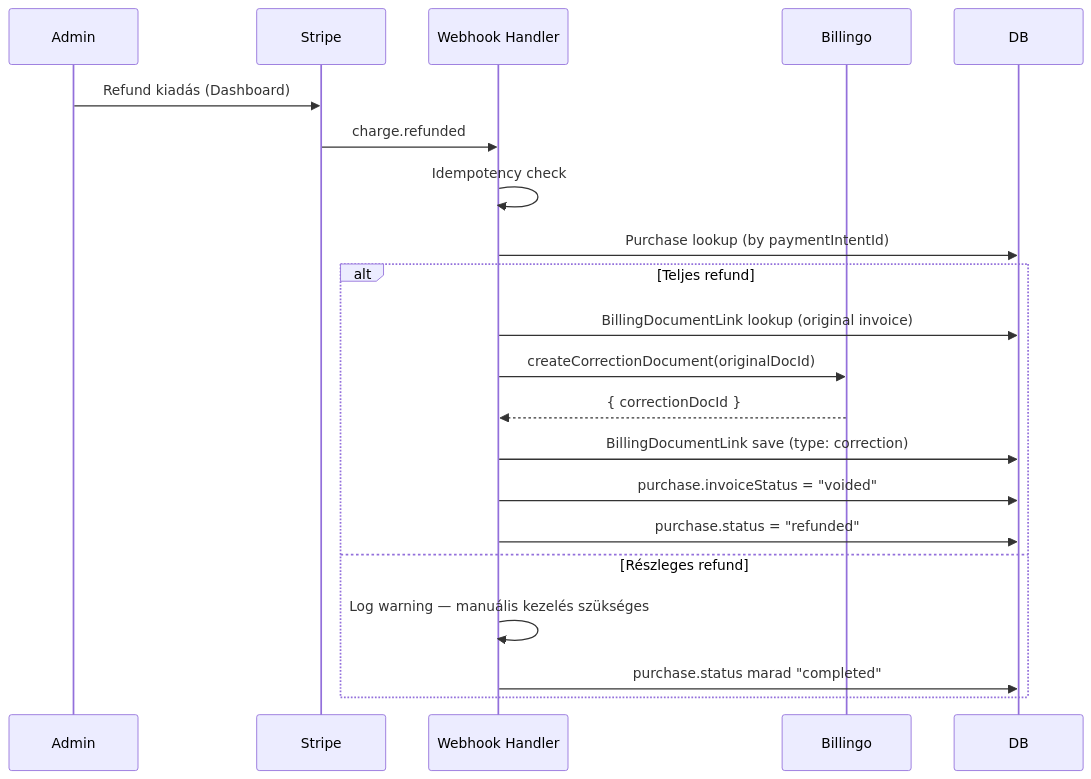
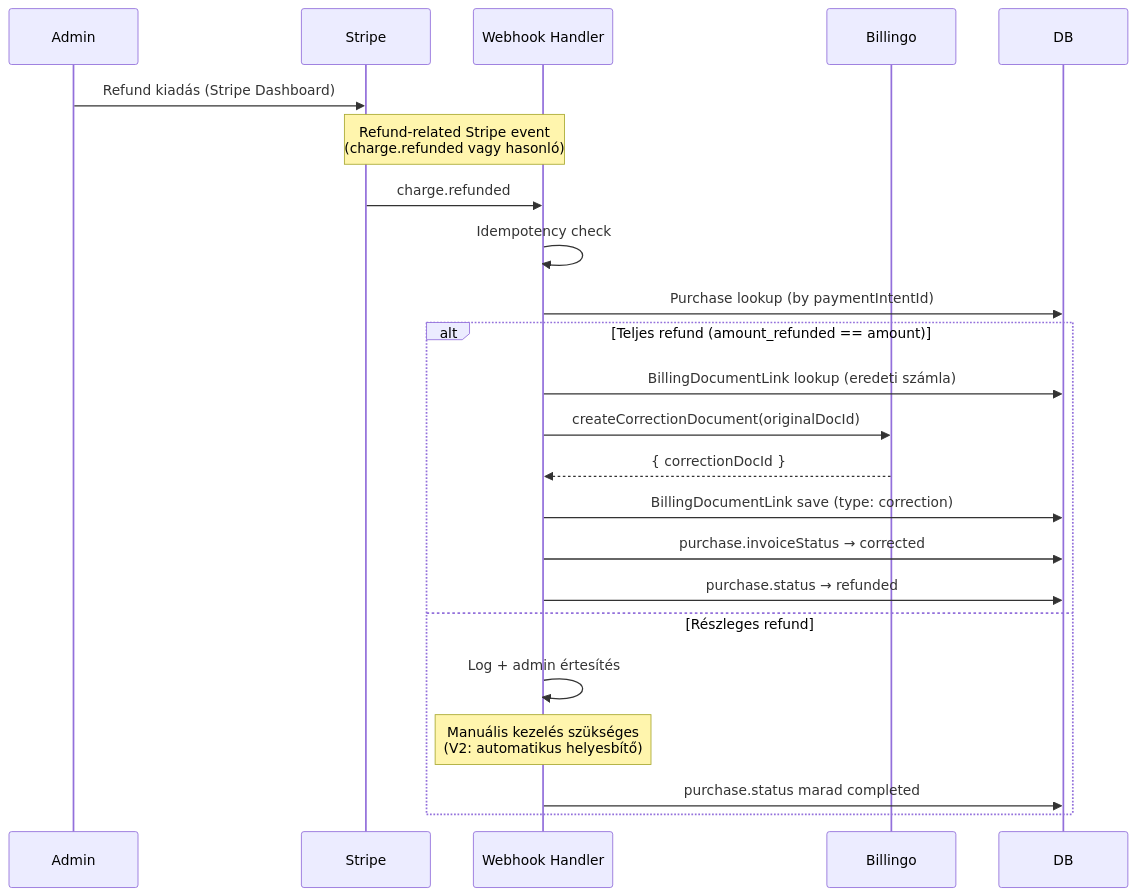
The fourth of 8 diagrams in docs/architecture/billing-architecture-diagrams.md (oknilik/trita_core), drawn with Mermaid before and after one commit. The commit also changed other lines of this file, not shown here.

First line of the commit message:
docs: billing architecture diagrams v2 — review-based refinements

````diff
--- a/docs/architecture/billing-architecture-diagrams.md
+++ b/docs/architecture/billing-architecture-diagrams.md
@@ -201,26 +264,28 @@
 ```mermaid
 sequenceDiagram
     participant Admin
     participant Stripe
     participant WH as Webhook Handler
     participant Billingo
     participant DB
 
-    Admin->>Stripe: Refund kiadás (Dashboard)
+    Admin->>Stripe: Refund kiadás (Stripe Dashboard)
 
+    Note over Stripe,WH: Refund-related Stripe event<br/>(charge.refunded vagy hasonló)
     Stripe->>WH: charge.refunded
     WH->>WH: Idempotency check
     WH->>DB: Purchase lookup (by paymentIntentId)
 
-    alt Teljes refund
-        WH->>DB: BillingDocumentLink lookup (original invoice)
+    alt Teljes refund (amount_refunded == amount)
+        WH->>DB: BillingDocumentLink lookup (eredeti számla)
         WH->>Billingo: createCorrectionDocument(originalDocId)
         Billingo-->>WH: { correctionDocId }
         WH->>DB: BillingDocumentLink save (type: correction)
-        WH->>DB: purchase.invoiceStatus = "voided"
-        WH->>DB: purchase.status = "refunded"
+        WH->>DB: purchase.invoiceStatus → corrected
+        WH->>DB: purchase.status → refunded
     else Részleges refund
-        WH->>WH: Log warning — manuális kezelés szükséges
-        WH->>DB: purchase.status marad "completed"
+        WH->>WH: Log + admin értesítés
+        Note over WH: Manuális kezelés szükséges<br/>(V2: automatikus helyesbítő)
+        WH->>DB: purchase.status marad completed
     end
 ```
````
